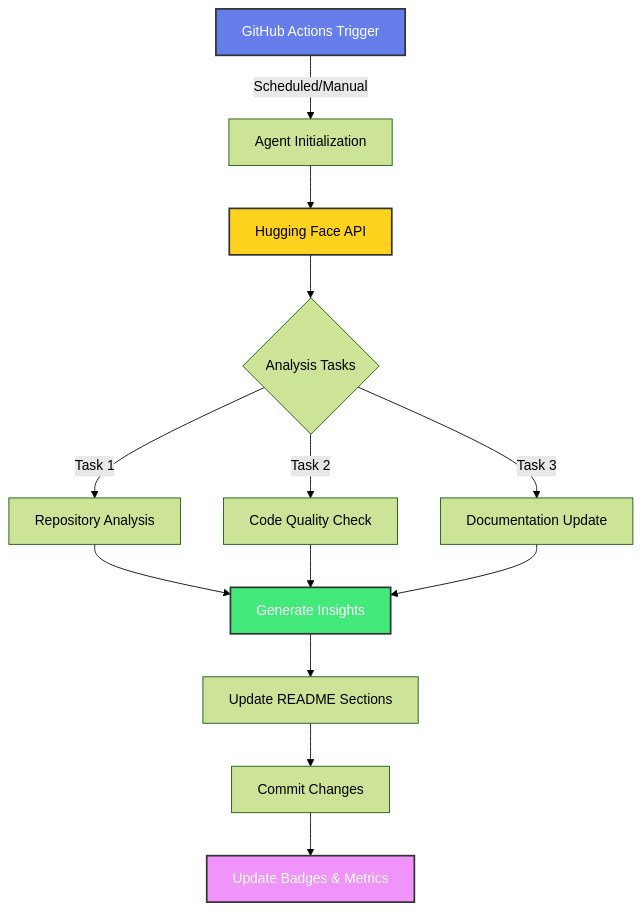
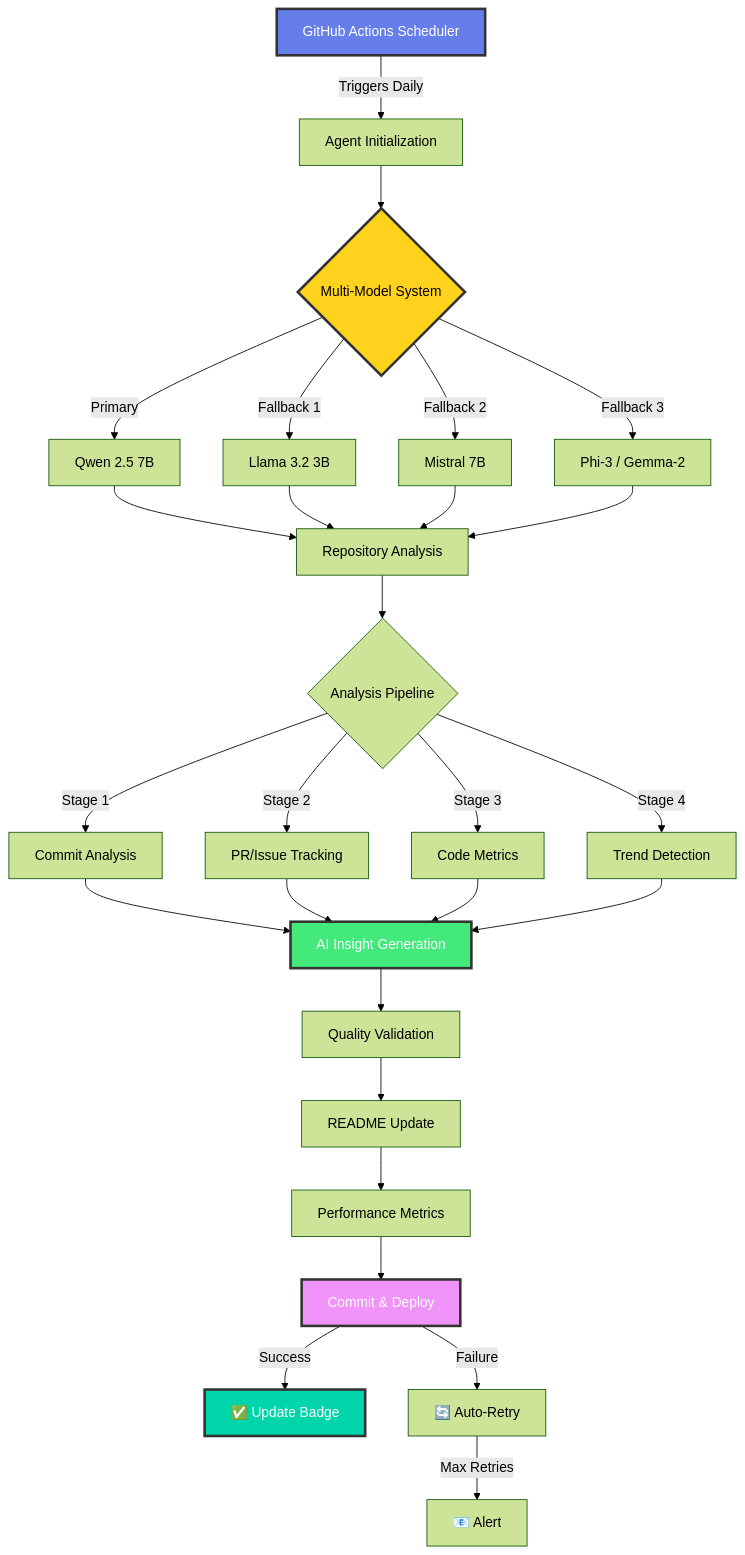
One commit to RyoK3N/RyoK3N changed the second of 3 diagrams in README.md. Above: the diagram before and after it, drawn with Mermaid (forest theme). The commit also changed other lines of this file, not shown here.

````diff
--- a/README.md
+++ b/README.md
@@ -503,20 +531,42 @@
 ```mermaid
 graph TB
-    A[GitHub Actions Trigger] -->|Scheduled/Manual| B[Agent Initialization]
-    B --> C[Hugging Face API]
-    C --> D{Analysis Tasks}
-    D -->|Task 1| E[Repository Analysis]
-    D -->|Task 2| F[Code Quality Check]
-    D -->|Task 3| G[Documentation Update]
-    E --> H[Generate Insights]
-    F --> H
-    G --> H
-    H --> I[Update README Sections]
-    I --> J[Commit Changes]
-    J --> K[Update Badges & Metrics]
+    A[GitHub Actions Scheduler] -->|Triggers Daily| B[Agent Initialization]
+    B --> C{Multi-Model System}
     
-    style A fill:#667eea,stroke:#333,stroke-width:2px,color:#fff
-    style C fill:#FFD21E,stroke:#333,stroke-width:2px
-    style H fill:#43e97b,stroke:#333,stroke-width:2px,color:#fff
-    style K fill:#f093fb,stroke:#333,stroke-width:2px,color:#fff
+    C -->|Primary| D1[Qwen 2.5 7B]
+    C -->|Fallback 1| D2[Llama 3.2 3B]
+    C -->|Fallback 2| D3[Mistral 7B]
+    C -->|Fallback 3| D4[Phi-3 / Gemma-2]
+    
+    D1 --> E[Repository Analysis]
+    D2 --> E
+    D3 --> E
+    D4 --> E
+    
+    E --> F{Analysis Pipeline}
+    
+    F -->|Stage 1| G1[Commit Analysis]
+    F -->|Stage 2| G2[PR/Issue Tracking]
+    F -->|Stage 3| G3[Code Metrics]
+    F -->|Stage 4| G4[Trend Detection]
+    
+    G1 --> H[AI Insight Generation]
+    G2 --> H
+    G3 --> H
+    G4 --> H
+    
+    H --> I[Quality Validation]
+    I --> J[README Update]
+    J --> K[Performance Metrics]
+    K --> L[Commit & Deploy]
+    
+    L -->|Success| M[✅ Update Badge]
+    L -->|Failure| N[🔄 Auto-Retry]
+    N -->|Max Retries| O[📧 Alert]
+    
+    style A fill:#667eea,stroke:#333,stroke-width:3px,color:#fff
+    style C fill:#FFD21E,stroke:#333,stroke-width:3px
+    style H fill:#43e97b,stroke:#333,stroke-width:3px,color:#fff
+    style L fill:#f093fb,stroke:#333,stroke-width:3px,color:#fff
+    style M fill:#00d4aa,stroke:#333,stroke-width:3px,color:#fff
 ```
````
